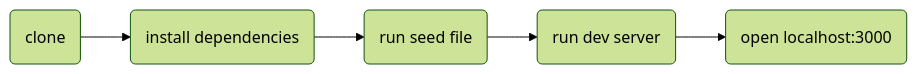
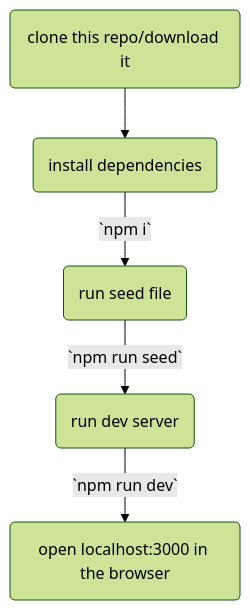
The diagram in README.md (Aryan3212/review-it), drawn with Mermaid (forest theme) before and after one commit. The commit also changed other lines of this file, not shown here.

````diff
--- a/README.md
+++ b/README.md
@@ -5,7 +7,7 @@
 ```mermaid
-flowchart LR
-  A(clone)-->B(install dependencies)
-  B(install dependencies)-->C(run seed file)
-  C(run seed file)-->D(run dev server)
-  D(run dev server)-->F(open localhost:3000)
+flowchart TD
+  A(clone this repo/download it)-->B(install dependencies)
+  B(install dependencies)-- `npm i` -->C(run seed file)
+  C(run seed file)-- `npm run seed` -->D(run dev server)
+  D(run dev server)-- `npm run dev` -->F(open localhost:3000 in the browser)
 ```
````
